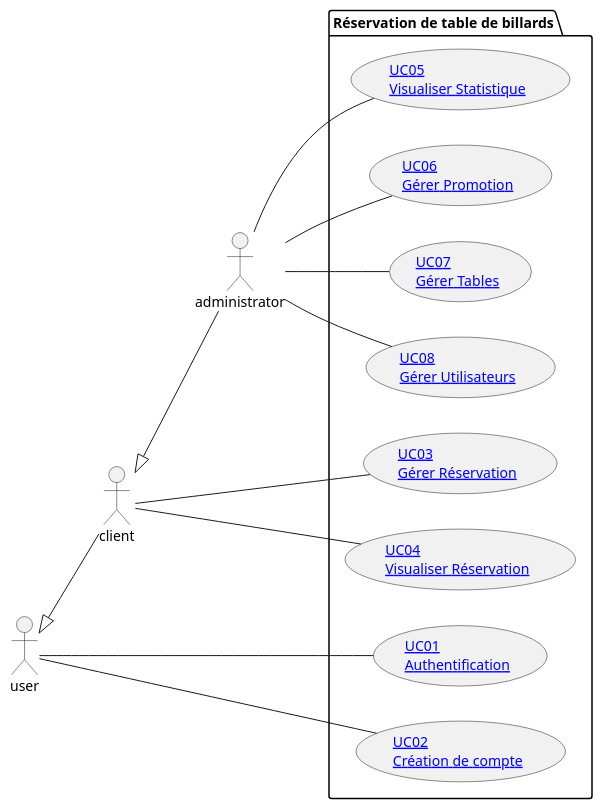
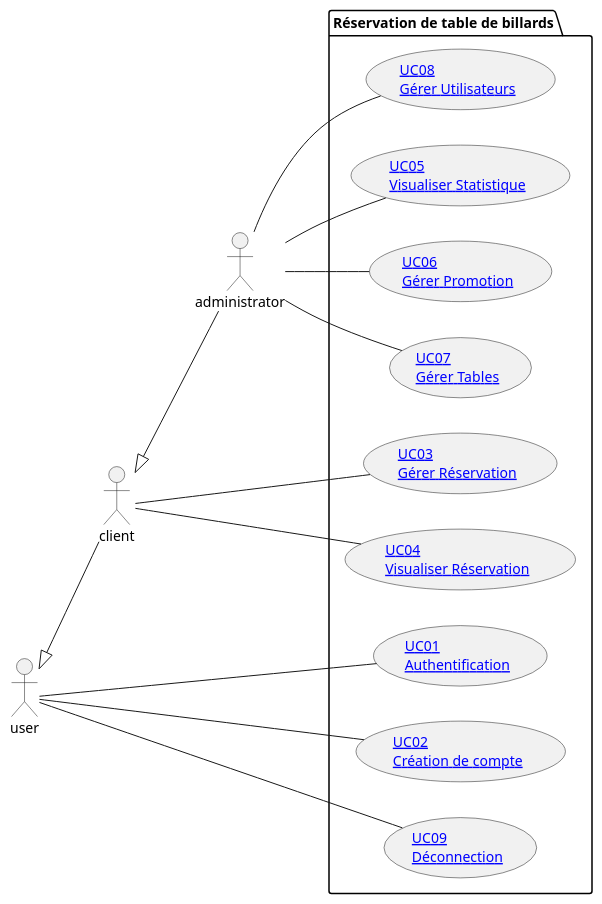
Before and after one commit to MainKarl/Rooftop: the diagram in Doolys/1_Analyse/UseCases/index.md, drawn with PlantUML. The commit also changed 11 other files, not shown here.

````diff
--- a/Doolys/1_Analyse/UseCases/index.md
+++ b/Doolys/1_Analyse/UseCases/index.md
@@ -3,39 +3,42 @@
 ```plantuml
 @startuml
 left to right direction
 actor administrator as administrator
 actor client as client
 actor user as user
 
 user <|-- client
 client <|-- administrator
 
 package "Réservation de table de billards"{
     usecase ([[#!UseCases/UC01.md UC01\nAuthentification]]) as UC01
 
     usecase ([[#!UseCases/UC02.md UC02\nCréation de compte]]) as UC02
 
     usecase ([[#!UseCases/UC03.md UC03\nGérer Réservation]]) as UC03
 
     usecase ([[#!UseCases/UC04.md UC04\nVisualiser Réservation]]) as UC04
 
     usecase ([[#!UseCases/UC05.md UC05\nVisualiser Statistique]]) as UC05
 
     usecase ([[#!UseCases/UC06.md UC06\nGérer Promotion]]) as UC06
 
     usecase ([[#!UseCases/UC07.md UC07\nGérer Tables]]) as UC07
 
     usecase ([[#!UseCases/UC08.md UC08\nGérer Utilisateurs]]) as UC08
+
+    usecase ([[#!UseCases/UC09.md UC09\nDéconnection]]) as UC09
 }
 
 user -- UC01
 user -- UC02
+user -- UC09
 
 client -- UC03
 client -- UC04
 
 administrator -- UC05
 administrator -- UC06
 administrator -- UC07
 administrator -- UC08
 ```
````
